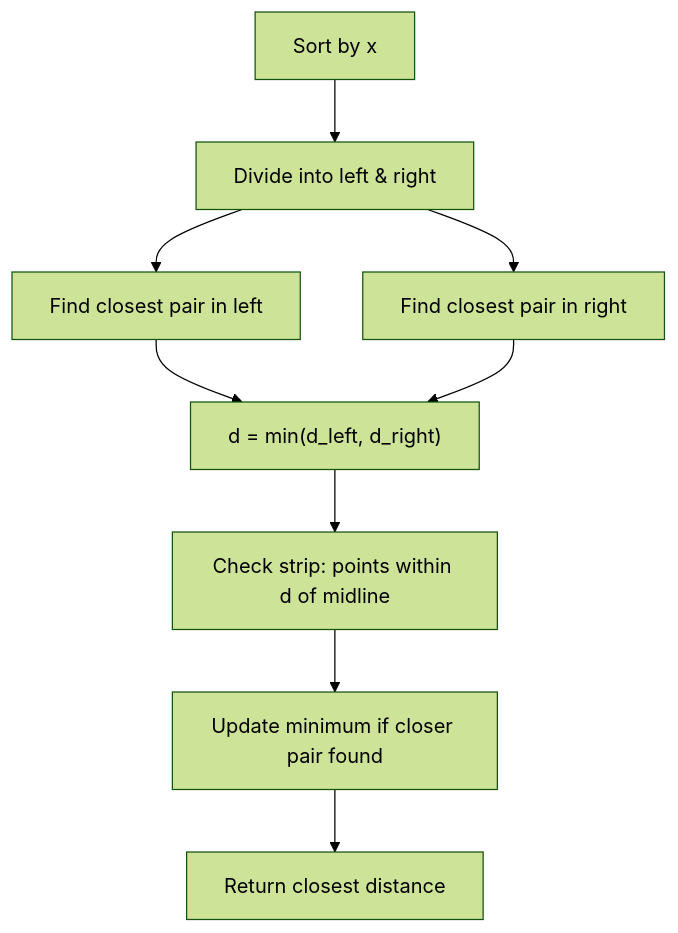
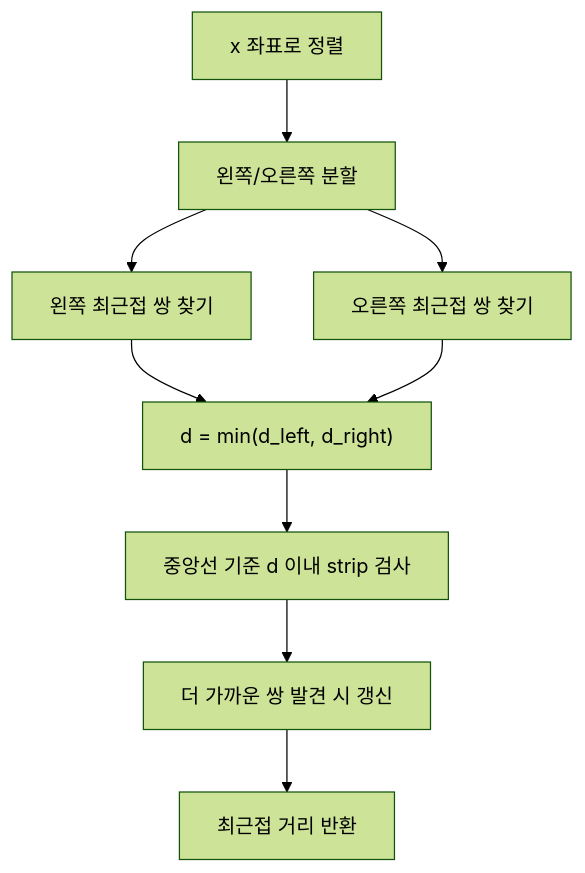
Before and after one commit to mandoobox/mandoobox.github.io: the fourth of 4 diagrams in _posts/algorithm/2026-03-07-divide-and-conquer.md, drawn with Mermaid (forest theme). The commit also changed other lines of this file and 24 other files, not shown here.

Commit message:
feat: mermaid kr

````diff
--- a/_posts/algorithm/2026-03-07-divide-and-conquer.md
+++ b/_posts/algorithm/2026-03-07-divide-and-conquer.md
@@ -359,11 +366,11 @@
 ```mermaid
 flowchart TD
-    A["Sort by x"] --> B["Divide into left & right"]
-    B --> C["Find closest pair in left"]
-    B --> D["Find closest pair in right"]
+    A["x 좌표로 정렬"] --> B["왼쪽/오른쪽 분할"]
+    B --> C["왼쪽 최근접 쌍 찾기"]
+    B --> D["오른쪽 최근접 쌍 찾기"]
     C --> E["d = min(d_left, d_right)"]
     D --> E
-    E --> F["Check strip: points within d of midline"]
-    F --> G["Update minimum if closer pair found"]
-    G --> H["Return closest distance"]
+    E --> F["중앙선 기준 d 이내 strip 검사"]
+    F --> G["더 가까운 쌍 발견 시 갱신"]
+    G --> H["최근접 거리 반환"]
 ```
````
